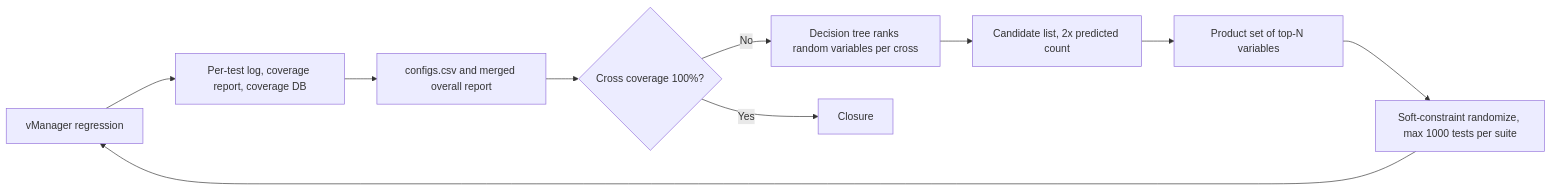
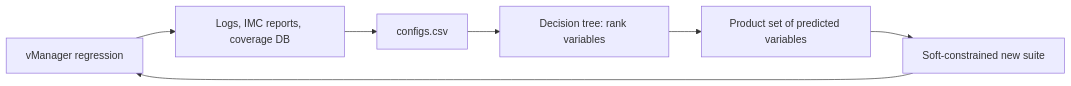
One commit to nemo99007/yt-paper changed the diagram in docs/papers/ref-20261018-2c1c-reaching-100-functional-coverage-using-machine-learning-a-jo.md. Above: the diagram before and after it, drawn with Mermaid. The commit also changed other lines of this file and 172 other files, not shown here.

Commit message:
docs: Import 100 resources from reading_list.csv

````diff
--- a/docs/papers/ref-20261018-2c1c-reaching-100-functional-coverage-using-machine-learning-a-jo.md
+++ b/docs/papers/ref-20261018-2c1c-reaching-100-functional-coverage-using-machine-learning-a-jo.md
@@ -186,12 +212,9 @@
 ```mermaid
 flowchart LR
-    A[vManager regression] --> B[Per-test log, coverage report, coverage DB]
-    B --> C[configs.csv and merged overall report]
-    C --> D{Cross coverage 100%?}
-    D -- No --> E[Decision tree ranks random variables per cross]
-    E --> F[Candidate list, 2x predicted count]
-    F --> G[Product set of top-N variables]
-    G --> H[Soft-constraint randomize, max 1000 tests per suite]
-    H --> A
-    D -- Yes --> I[Closure]
+  A[vManager regression] --> B[Logs, IMC reports, coverage DB]
+  B --> C[configs.csv]
+  C --> D[Decision tree: rank variables]
+  D --> E[Product set of predicted variables]
+  E --> F[Soft-constrained new suite]
+  F --> A
 ```
````
